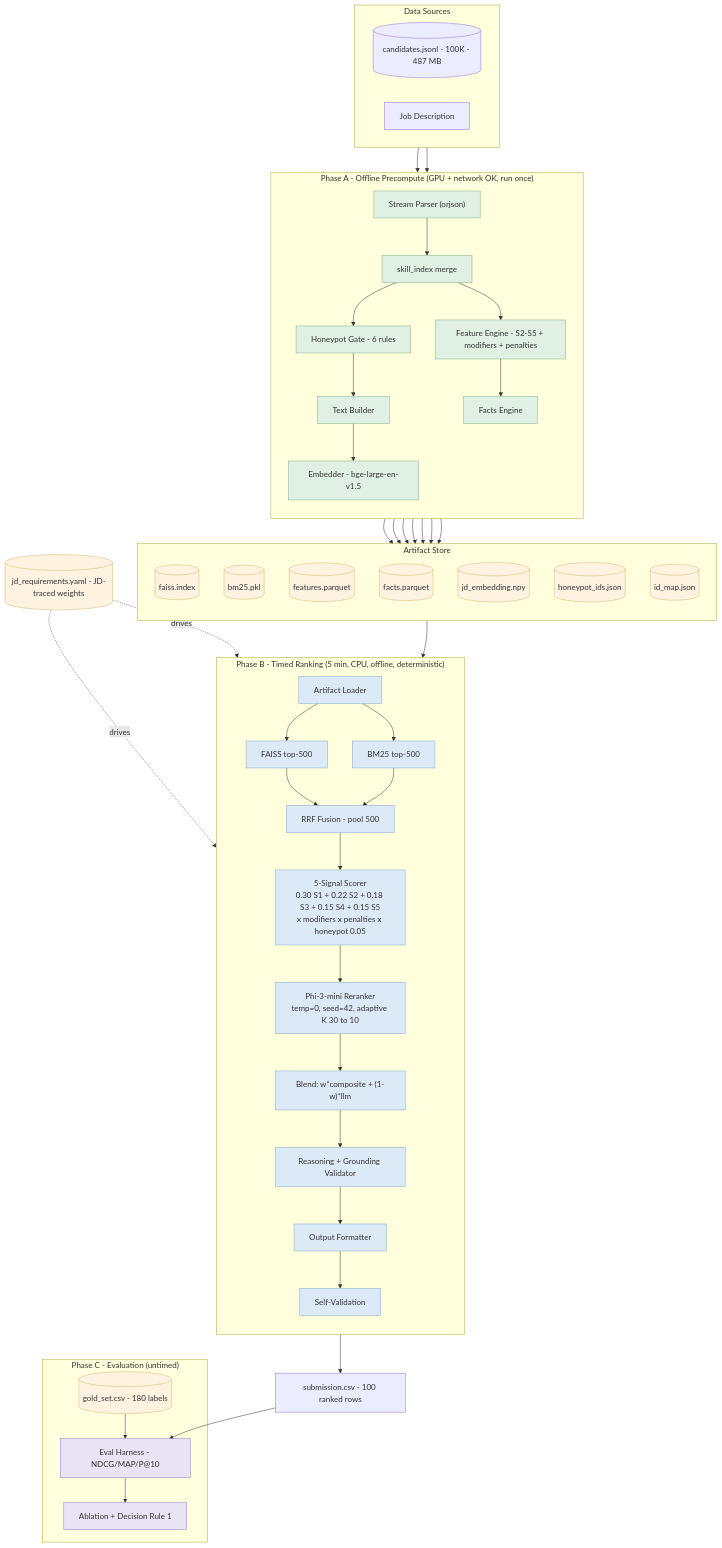
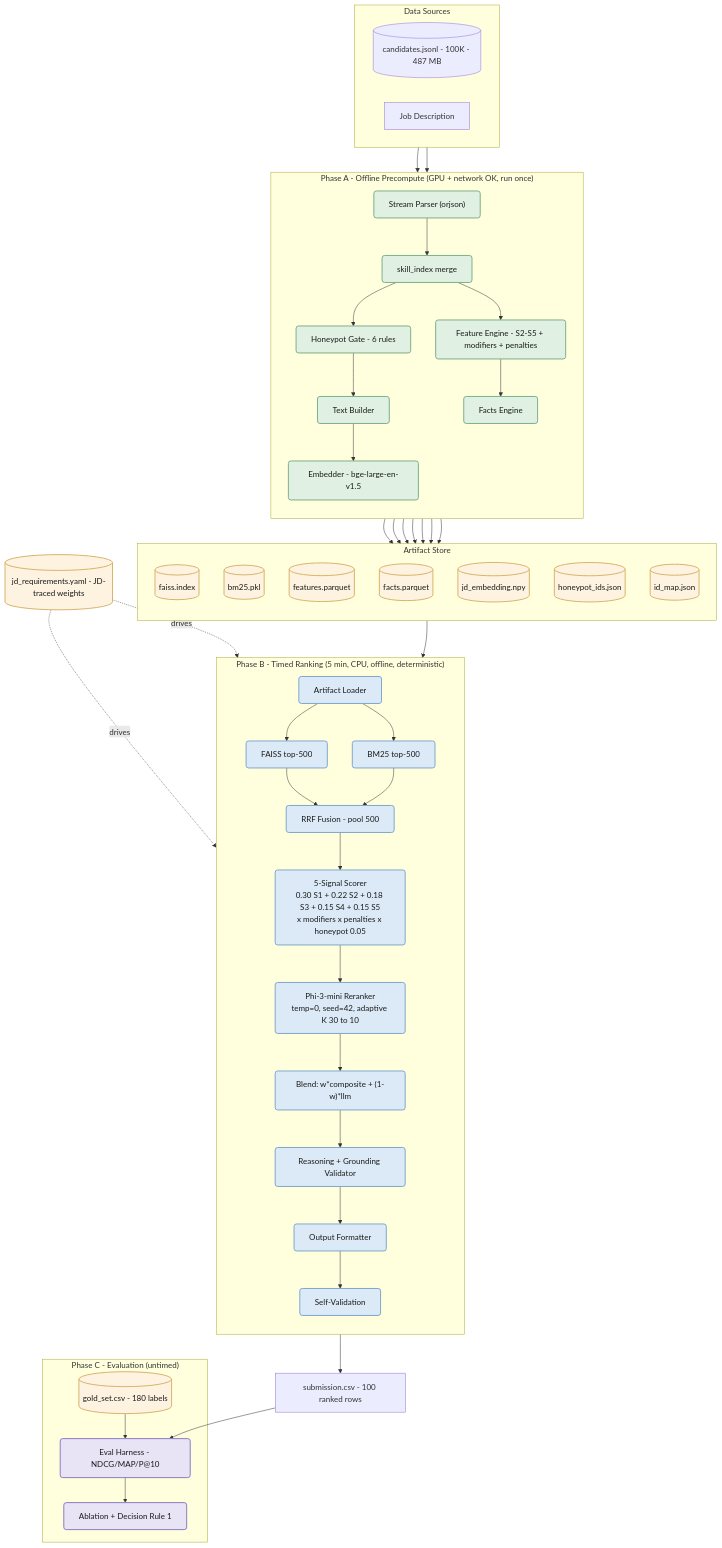
The first of 2 diagrams in README.md (Mahakisore7/Red-Rob), drawn with Mermaid before and after one commit. The commit also changed other lines of this file, not shown here.

Commit message:
style: improve visual clarity and formatting of Mermaid diagrams in README.md

````diff
--- a/README.md
+++ b/README.md
@@ -81,64 +81,64 @@
 ```mermaid
 flowchart TB
   subgraph SRC["Data Sources"]
     direction LR
     DS[("candidates.jsonl - 100K - 487 MB")]
     JD["Job Description"]
   end
 
   subgraph PA["Phase A - Offline Precompute (GPU + network OK, run once)"]
     direction TB
     P1["Stream Parser (orjson)"] --> P2["skill_index merge"] --> P3["Honeypot Gate - 6 rules"] --> P4["Text Builder"] --> P5["Embedder - bge-large-en-v1.5"]
     P2 --> P6["Feature Engine - S2-S5 + modifiers + penalties"] --> P7["Facts Engine"]
   end
 
   subgraph ART["Artifact Store"]
     direction TB
     A1[("faiss.index")]
     A2[("bm25.pkl")]
     A3[("features.parquet")]
     A4[("facts.parquet")]
     A5[("jd_embedding.npy")]
     A6[("honeypot_ids.json")]
     A7[("id_map.json")]
   end
 
   subgraph PB["Phase B - Timed Ranking (5 min, CPU, offline, deterministic)"]
     direction TB
     B1["Artifact Loader"] --> B2["FAISS top-500"] --> B4["RRF Fusion - pool 500"]
     B1 --> B3["BM25 top-500"] --> B4
     B4 --> B5["5-Signal Scorer<br/>0.30 S1 + 0.22 S2 + 0.18 S3 + 0.15 S4 + 0.15 S5<br/>x modifiers x penalties x honeypot 0.05"]
     B5 --> B6["Phi-3-mini Reranker<br/>temp=0, seed=42, adaptive K 30 to 10"] --> B7["Blend: w*composite + (1-w)*llm"] --> B8["Reasoning + Grounding Validator"] --> B9["Output Formatter"] --> B10["Self-Validation"]
   end
 
   OUT["submission.csv - 100 ranked rows"]
 
   subgraph PC["Phase C - Evaluation (untimed)"]
     C1[("gold_set.csv - 180 labels")] --> C2["Eval Harness - NDCG/MAP/P@10"] --> C3["Ablation + Decision Rule 1"]
   end
 
   CFG[("jd_requirements.yaml - JD-traced weights")]
 
   DS --> P1
   JD --> P5
   P5 --> A1
   P4 --> A2
   P6 --> A3
   P7 --> A4
   P5 --> A5
   P3 --> A6
   P1 --> A7
   ART --> B1
   B10 --> OUT --> C2
   CFG -. drives .-> B5
   CFG -. drives .-> B6
 
-  classDef a fill:#e0f0e3,stroke:#7fb08a
-  classDef s fill:#fdf3e0,stroke:#d9b46b
-  classDef b fill:#dceaf7,stroke:#7fa8cc
-  classDef c fill:#e8e3f5,stroke:#8b7fc0
+  classDef a fill:#e0f0e3,stroke:#7fb08a,color:#1a1a1a,stroke-width:2px,rx:5px,ry:5px
+  classDef s fill:#fdf3e0,stroke:#d9b46b,color:#1a1a1a,stroke-width:2px,rx:5px,ry:5px
+  classDef b fill:#dceaf7,stroke:#7fa8cc,color:#1a1a1a,stroke-width:2px,rx:5px,ry:5px
+  classDef c fill:#e8e3f5,stroke:#8b7fc0,color:#1a1a1a,stroke-width:2px,rx:5px,ry:5px
   class P1,P2,P3,P4,P5,P6,P7 a
   class A1,A2,A3,A4,A5,A6,A7,C1,CFG s
   class B1,B2,B3,B4,B5,B6,B7,B8,B9,B10 b
   class C2,C3 c
 ```
````
